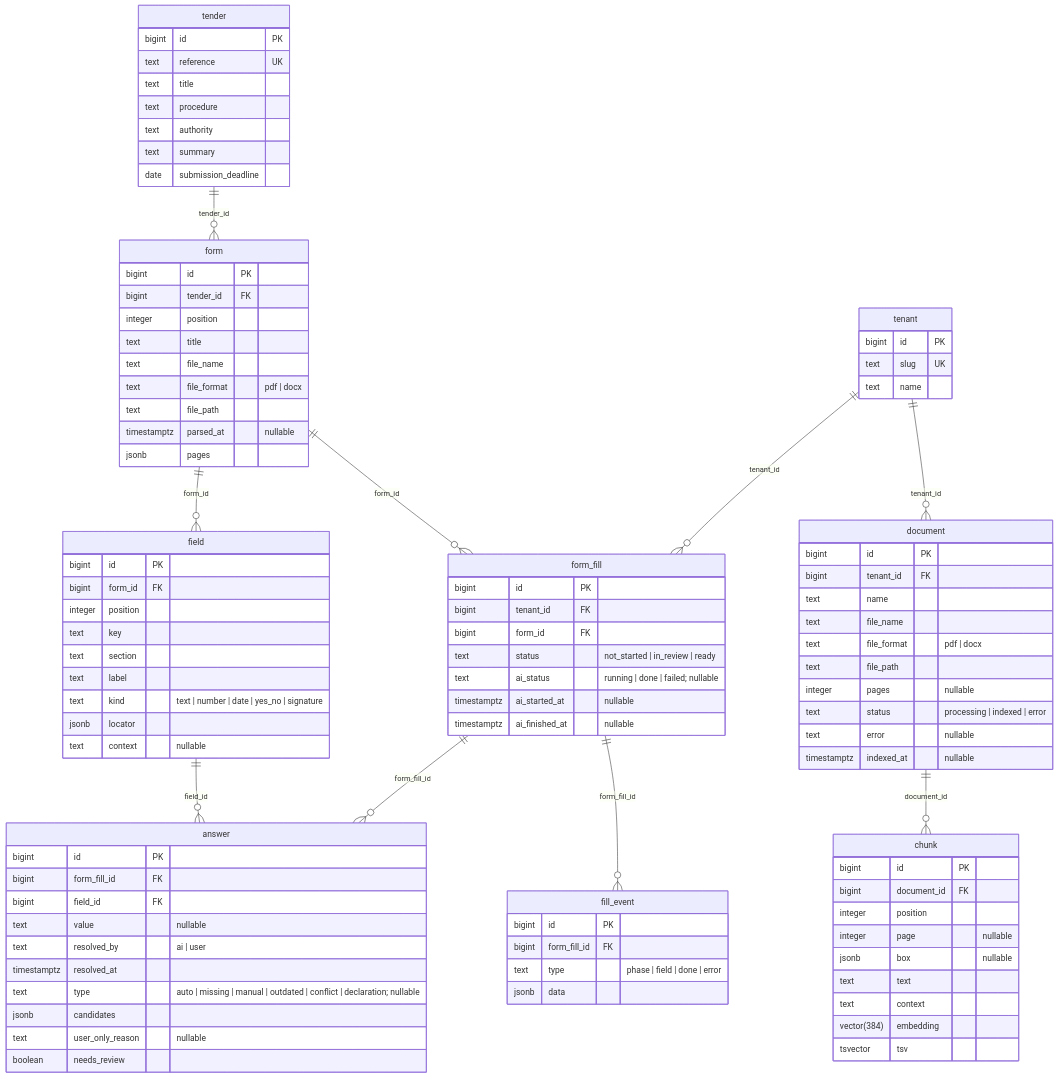
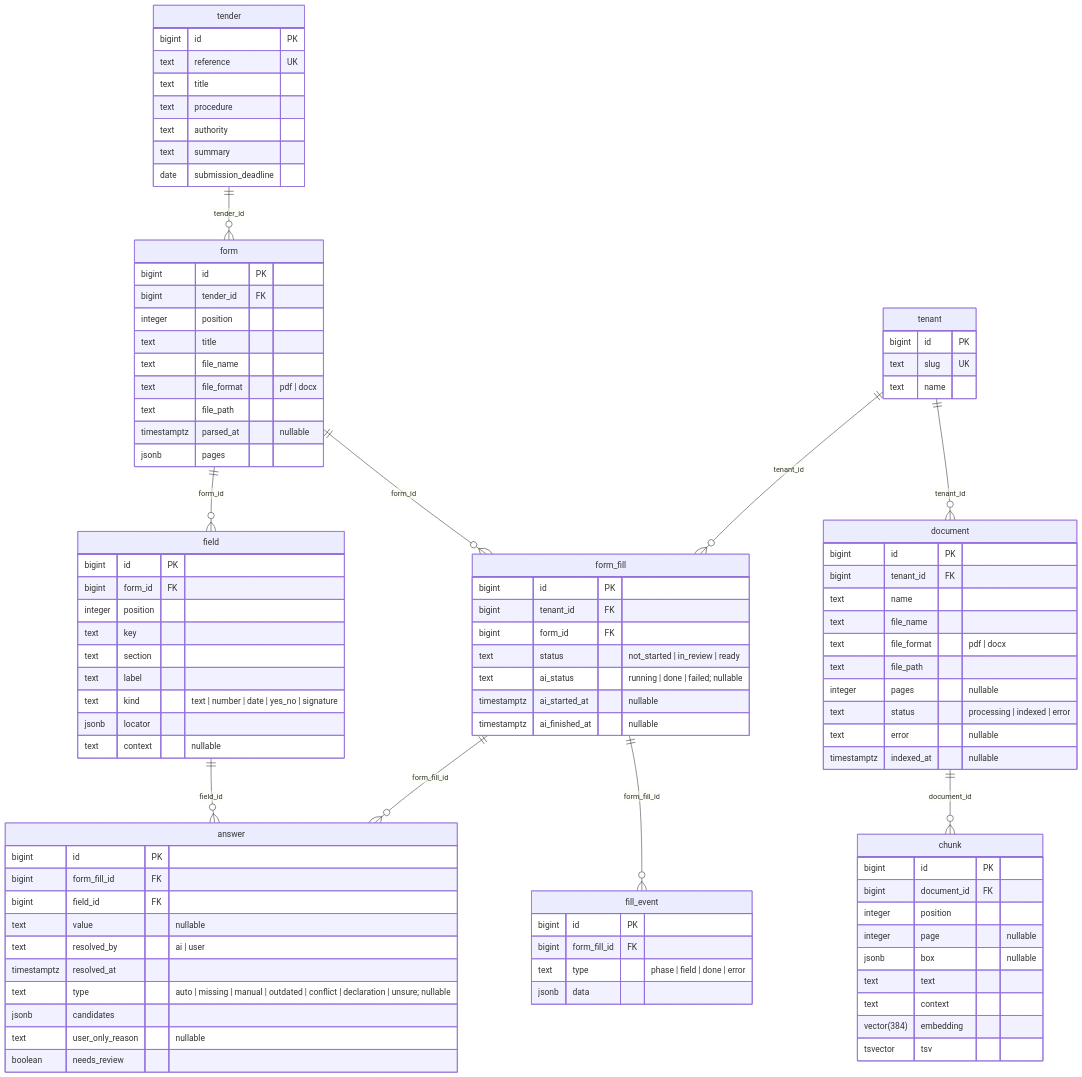
The diagram in docs/DB_SCHEMA.md (remilry/test-sealio), drawn with Mermaid before and after one commit. The commit also changed 20 other files, not shown here.

```diff
--- a/docs/DB_SCHEMA.md
+++ b/docs/DB_SCHEMA.md
@@ -24,7 +24,7 @@
         text value "nullable"
         text resolved_by "ai | user"
         timestamptz resolved_at
-        text type "auto | missing | manual | outdated | conflict | declaration; nullable"
+        text type "auto | missing | manual | outdated | conflict | declaration | unsure; nullable"
         jsonb candidates
         text user_only_reason "nullable"
         boolean needs_review
```
